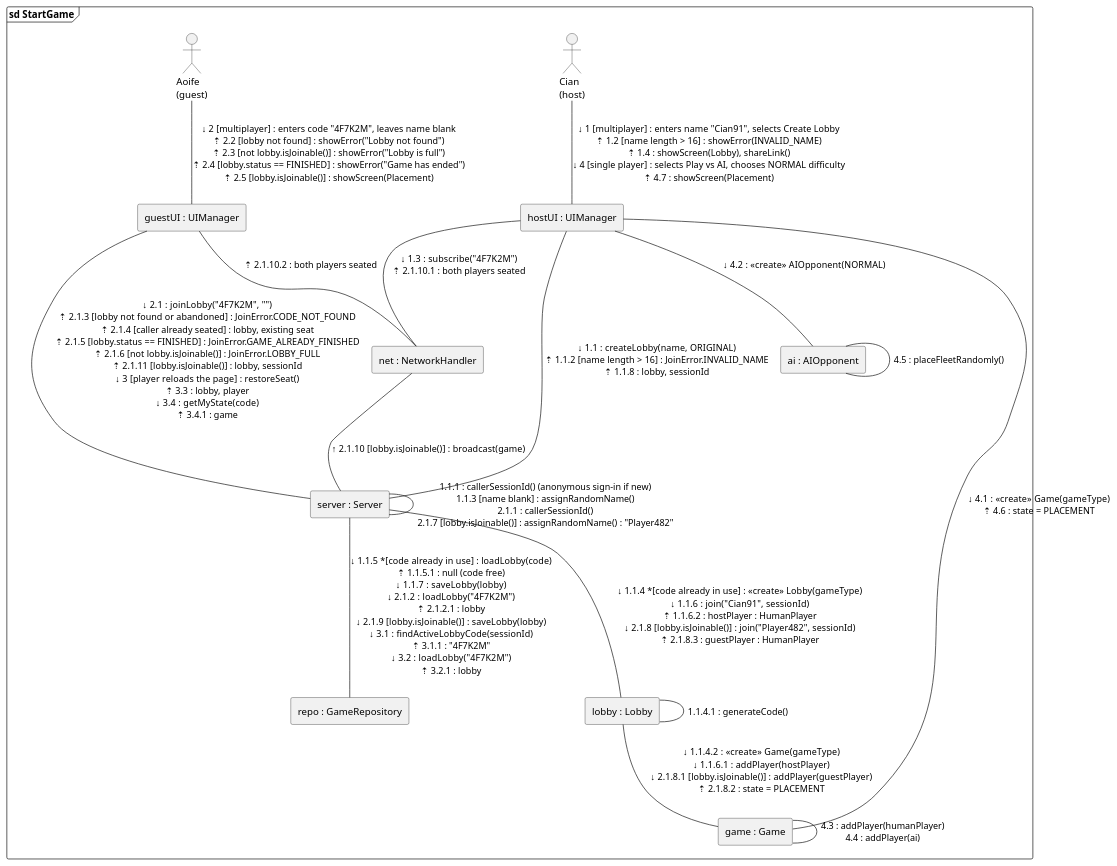
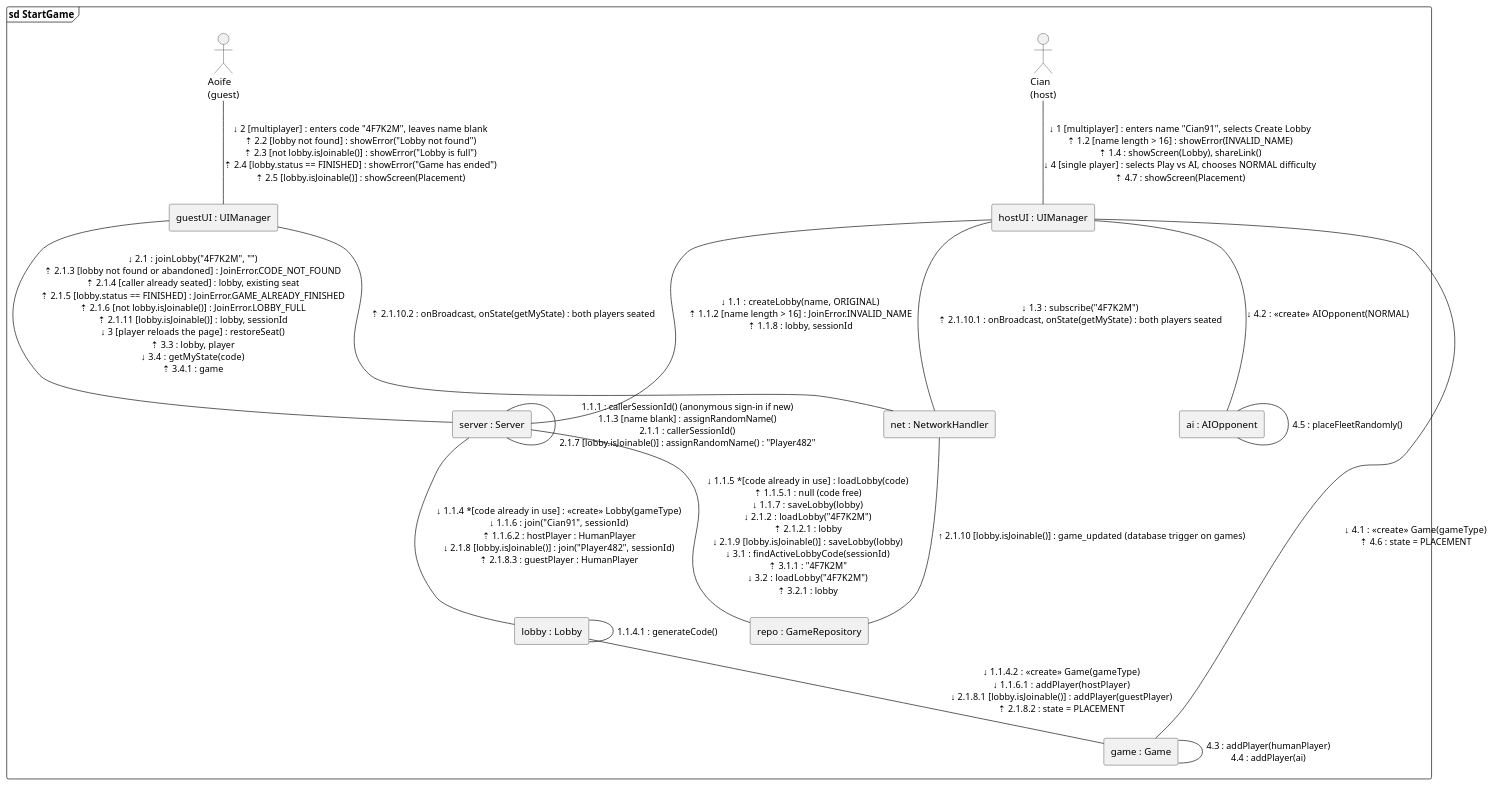
One commit to queeeety/battleship-online changed the diagram in docs/uml/communication/start-game.puml. Above: the diagram before and after it, drawn with PlantUML. The commit also changed 9 other files, not shown here.

Commit message:
Update UML for Stage 5: save_game, broadcast trigger and NetworkHandler

```diff
--- a/docs/uml/communication/start-game.puml
+++ b/docs/uml/communication/start-game.puml
@@ -1,30 +1,30 @@
 @startuml 6_1_StartGame_CommunicationDiagram
 frame "sd StartGame" {
   actor "Cian\n(host)" as Host
   rectangle "hostUI : UIManager" as HostUI
   rectangle "ai : AIOpponent" as AI
   rectangle "game : Game" as Game
   rectangle "server : Server" as Server
   rectangle "net : NetworkHandler" as Net
   rectangle "lobby : Lobby" as Lobby
   rectangle "repo : GameRepository" as Repo
   rectangle "guestUI : UIManager" as GuestUI
   actor "Aoife\n(guest)" as Guest
   Host -down- HostUI : ↓ 1 [multiplayer] : enters name "Cian91", selects Create Lobby\n⇡ 1.2 [name length > 16] : showError(INVALID_NAME)\n⇡ 1.4 : showScreen(Lobby), shareLink()\n↓ 4 [single player] : selects Play vs AI, chooses NORMAL difficulty\n⇡ 4.7 : showScreen(Placement)
   Guest -down- GuestUI : ↓ 2 [multiplayer] : enters code "4F7K2M", leaves name blank\n⇡ 2.2 [lobby not found] : showError("Lobby not found")\n⇡ 2.3 [not lobby.isJoinable()] : showError("Lobby is full")\n⇡ 2.4 [lobby.status == FINISHED] : showError("Game has ended")\n⇡ 2.5 [lobby.isJoinable()] : showScreen(Placement)
-  HostUI -down- Net : ↓ 1.3 : subscribe("4F7K2M")\n⇡ 2.1.10.1 : both players seated
-  GuestUI -down- Net : ⇡ 2.1.10.2 : both players seated
+  HostUI -down- Net : ↓ 1.3 : subscribe("4F7K2M")\n⇡ 2.1.10.1 : onBroadcast, onState(getMyState) : both players seated
+  GuestUI -down- Net : ⇡ 2.1.10.2 : onBroadcast, onState(getMyState) : both players seated
   HostUI -down- AI : ↓ 4.2 : <<create>> AIOpponent(NORMAL)
   HostUI -down- Server : ↓ 1.1 : createLobby(name, ORIGINAL)\n⇡ 1.1.2 [name length > 16] : JoinError.INVALID_NAME\n⇡ 1.1.8 : lobby, sessionId
   GuestUI -down- Server : ↓ 2.1 : joinLobby("4F7K2M", "")\n⇡ 2.1.3 [lobby not found or abandoned] : JoinError.CODE_NOT_FOUND\n⇡ 2.1.4 [caller already seated] : lobby, existing seat\n⇡ 2.1.5 [lobby.status == FINISHED] : JoinError.GAME_ALREADY_FINISHED\n⇡ 2.1.6 [not lobby.isJoinable()] : JoinError.LOBBY_FULL\n⇡ 2.1.11 [lobby.isJoinable()] : lobby, sessionId\n↓ 3 [player reloads the page] : restoreSeat()\n⇡ 3.3 : lobby, player\n↓ 3.4 : getMyState(code)\n⇡ 3.4.1 : game
   HostUI -down- Game : ↓ 4.1 : <<create>> Game(gameType)\n⇡ 4.6 : state = PLACEMENT
   AI -- AI : 4.5 : placeFleetRandomly()
-  Net -down- Server : ↑ 2.1.10 [lobby.isJoinable()] : broadcast(game)
+  Net -down- Repo : ↑ 2.1.10 [lobby.isJoinable()] : game_updated (database trigger on games)
   Server -- Server : 1.1.1 : callerSessionId() (anonymous sign-in if new)\n1.1.3 [name blank] : assignRandomName()\n2.1.1 : callerSessionId()\n2.1.7 [lobby.isJoinable()] : assignRandomName() : &#34;Player482&#34;
   Server -down- Lobby : ↓ 1.1.4 *[code already in use] : <<create>> Lobby(gameType)\n↓ 1.1.6 : join("Cian91", sessionId)\n⇡ 1.1.6.2 : hostPlayer : HumanPlayer\n↓ 2.1.8 [lobby.isJoinable()] : join("Player482", sessionId)\n⇡ 2.1.8.3 : guestPlayer : HumanPlayer
   Server -down- Repo : ↓ 1.1.5 *[code already in use] : loadLobby(code)\n⇡ 1.1.5.1 : null (code free)\n↓ 1.1.7 : saveLobby(lobby)\n↓ 2.1.2 : loadLobby("4F7K2M")\n⇡ 2.1.2.1 : lobby\n↓ 2.1.9 [lobby.isJoinable()] : saveLobby(lobby)\n↓ 3.1 : findActiveLobbyCode(sessionId)\n⇡ 3.1.1 : "4F7K2M"\n↓ 3.2 : loadLobby("4F7K2M")\n⇡ 3.2.1 : lobby
   Lobby -down- Game : ↓ 1.1.4.2 : <<create>> Game(gameType)\n↓ 1.1.6.1 : addPlayer(hostPlayer)\n↓ 2.1.8.1 [lobby.isJoinable()] : addPlayer(guestPlayer)\n⇡ 2.1.8.2 : state = PLACEMENT
   Lobby -- Lobby : 1.1.4.1 : generateCode()
   Game -- Game : 4.3 : addPlayer(humanPlayer)\n4.4 : addPlayer(ai)
 }
 @enduml
```
